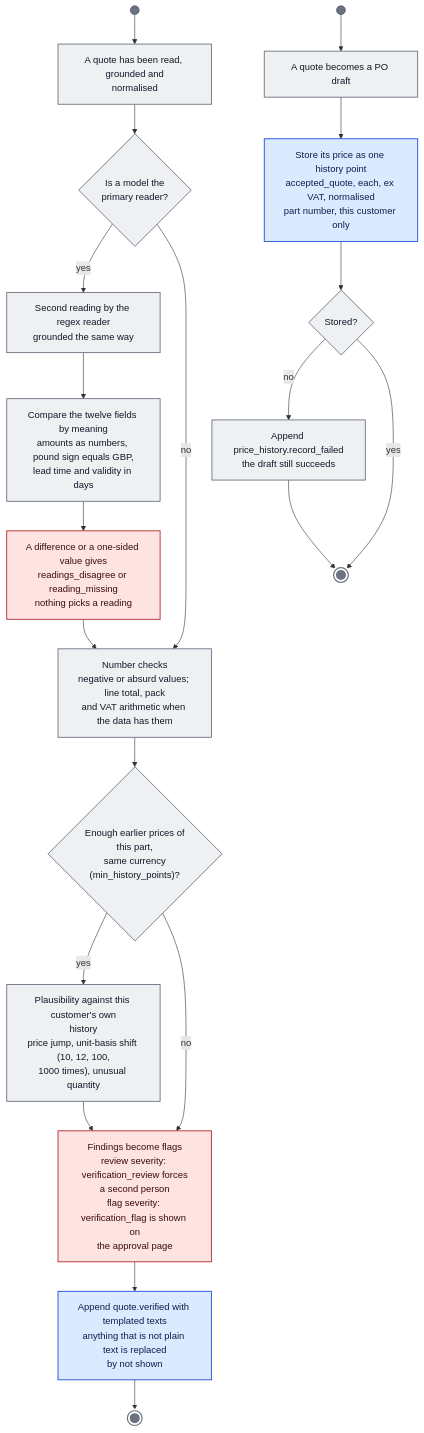
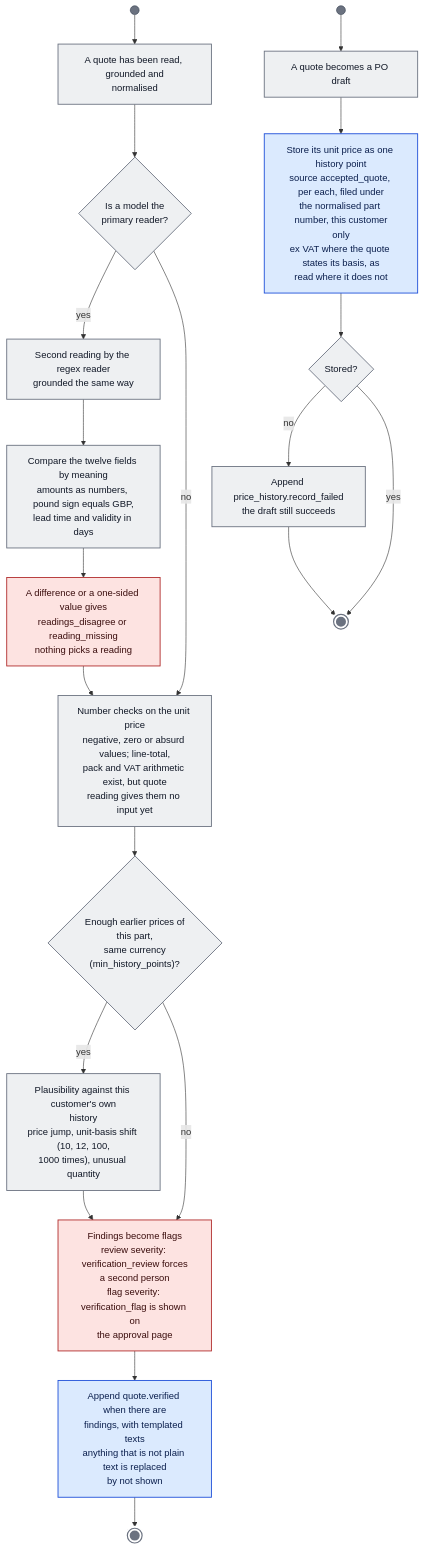
Diagram 12 of 33 in docs/architecture/activity-diagrams.md (emre-akarsu/ai-commerce-ideas), drawn with Mermaid before and after one commit. The commit also changed other lines of this file and 1 other file, not shown here.

First line of the commit message:
docs: correct activity diagrams after a fact-check of the rfq, verify, evidence and intake diagrams

````diff
--- a/docs/architecture/activity-diagrams.md
+++ b/docs/architecture/activity-diagrams.md
@@ -423,30 +428,30 @@
 ```mermaid
 flowchart TB
 classDef human fill:#ffe9b3,stroke:#8a5a00,color:#2a1c00,stroke-width:1.5px
 classDef rule fill:#eef0f2,stroke:#6b7280,color:#111827,stroke-width:1.5px
 classDef ai fill:#e9e3ff,stroke:#5b3fc4,color:#1e1050,stroke-width:2.5px,stroke-dasharray:6 4
 classDef opt fill:#d8f3e4,stroke:#1b7a4a,color:#0b2e1b,stroke-width:1.5px
 classDef gate fill:#fde3e1,stroke:#b02b2b,color:#3a0d0d,stroke-width:1.5px
 classDef data fill:#dbeafe,stroke:#1d4ed8,color:#0b1f4d,stroke-width:1.5px
 classDef bar fill:#6b7280,stroke:#374151,color:#ffffff
 classDef fin fill:#6b7280,stroke:#ffffff,color:#ffffff,stroke-width:3px
 S((" ")):::bar --> v1["A quote has been read, grounded and<br/>normalised"]:::rule
 v1 --> d1{"Is a model the<br/>primary reader?"}:::rule
 d1 -->|"yes"| v2["Second reading by the regex reader<br/>grounded the same way"]:::rule
 v2 --> v3["Compare the twelve fields by meaning<br/>amounts as numbers, pound sign equals GBP,<br/>lead time and validity in days"]:::rule
 v3 --> v4["A difference or a one-sided value gives<br/>readings_disagree or reading_missing<br/>nothing picks a reading"]:::gate
 d1 -->|"no"| v5
-v4 --> v5["Number checks<br/>negative or absurd values; line total, pack<br/>and VAT arithmetic when the data has them"]:::rule
+v4 --> v5["Number checks on the unit price<br/>negative, zero or absurd values; line-total,<br/>pack and VAT arithmetic exist, but quote<br/>reading gives them no input yet"]:::rule
 v5 --> d2{"Enough earlier prices of<br/>this part,<br/>same currency<br/>(min_history_points)?"}:::rule
 d2 -->|"yes"| v6["Plausibility against this customer's own<br/>history<br/>price jump, unit-basis shift (10, 12, 100,<br/>1000 times), unusual quantity"]:::rule
 d2 -->|"no"| v7
 v6 --> v7["Findings become flags<br/>review severity: verification_review forces<br/>a second person<br/>flag severity: verification_flag is shown on<br/>the approval page"]:::gate
-v7 --> v8["Append quote.verified with templated texts<br/>anything that is not plain text is replaced<br/>by not shown"]:::data
+v7 --> v8["Append quote.verified when there are<br/>findings, with templated texts<br/>anything that is not plain text is replaced<br/>by not shown"]:::data
 v8 --> E1(((" "))):::fin
 S2((" ")):::bar --> h1["A quote becomes a PO draft"]:::rule
-h1 --> h2["Store its price as one history point<br/>accepted_quote, each, ex VAT, normalised<br/>part number, this customer only"]:::data
+h1 --> h2["Store its unit price as one history point<br/>source accepted_quote, per each, filed under<br/>the normalised part number, this customer<br/>only<br/>ex VAT where the quote states its basis, as<br/>read where it does not"]:::data
 h2 --> d3{"Stored?"}:::rule
 d3 -->|"no"| h3["Append price_history.record_failed<br/>the draft still succeeds"]:::rule
 d3 -->|"yes"| E2(((" "))):::fin
 h3 --> E2
 ```
````
